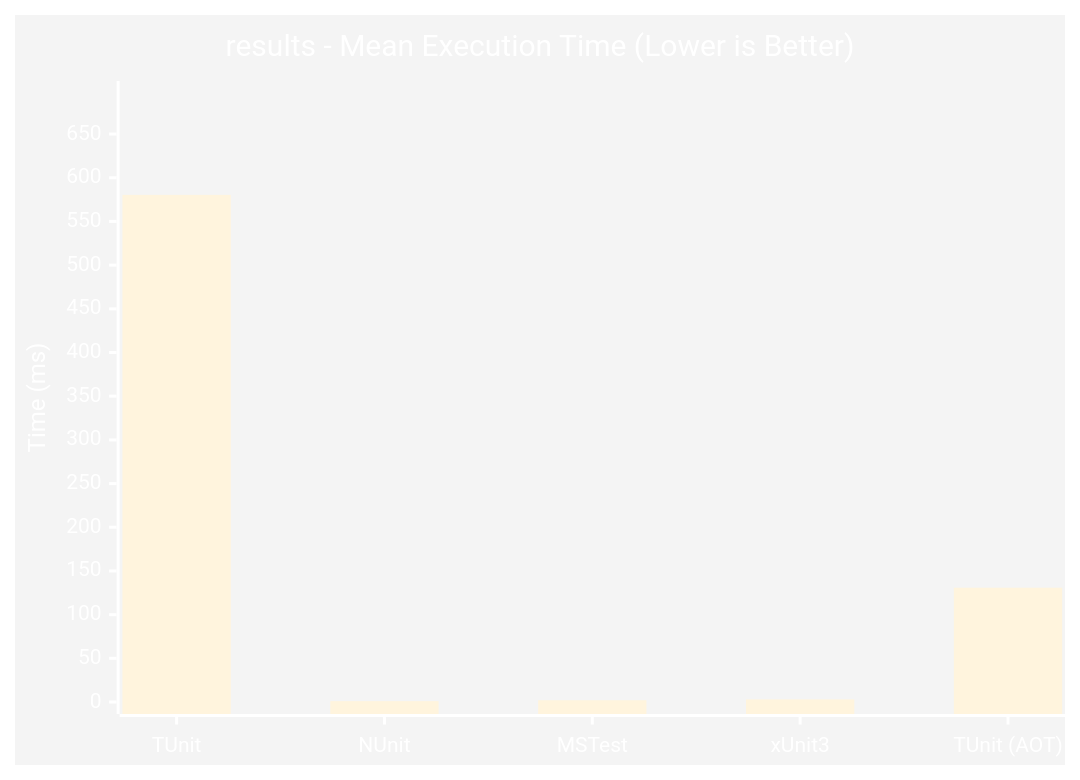
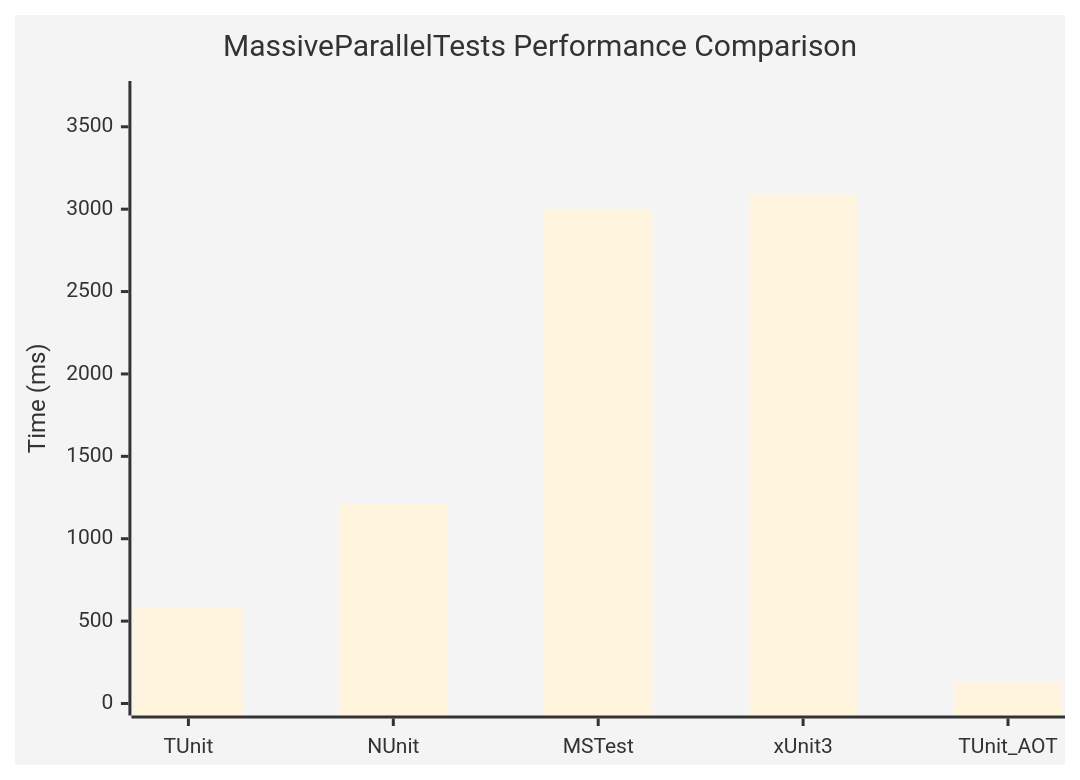
The third of 6 diagrams in docs/docs/benchmarks/index.md (thomhurst/TUnit), drawn with Mermaid before and after one commit. The commit also changed other lines of this file and 8 other files, not shown here.

Commit message:
Add performance benchmarks documentation for TUnit

````diff
--- a/docs/docs/benchmarks/index.md
+++ b/docs/docs/benchmarks/index.md
@@ -31,8 +68,8 @@
 ```mermaid
-%%{init: {"theme": "base", "themeVariables": {"primaryColor": "#4CAF50", "primaryTextColor": "#fff", "primaryBorderColor": "#2E7D32", "lineColor": "#2E7D32", "secondaryColor": "#FFC107", "tertiaryColor": "#2196F3"}}}%%
+%%{init: {'theme':'base'}}%%
 xychart-beta
-  title "results - Mean Execution Time (Lower is Better)"
-  x-axis ["TUnit", "NUnit", "MSTest", "xUnit3", "TUnit (AOT)"]
-  y-axis "Time (ms)" 0 --> 697
-  bar [580.40, 1.00, 2.00, 3.00, 130.80]
+  title "MassiveParallelTests Performance Comparison"
+  x-axis ["TUnit", "NUnit", "MSTest", "xUnit3", "TUnit_AOT"]
+  y-axis "Time (ms)" 0 --> 3705
+  bar [580.4, 1211.6, 2995.4, 3086.8, 130.8]
 ```
````
